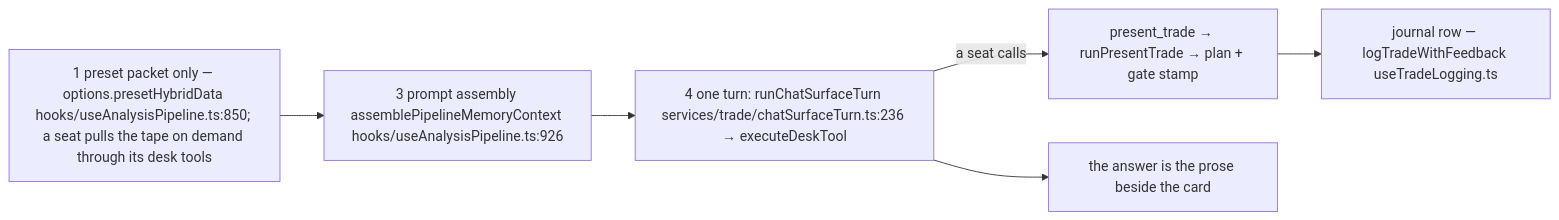
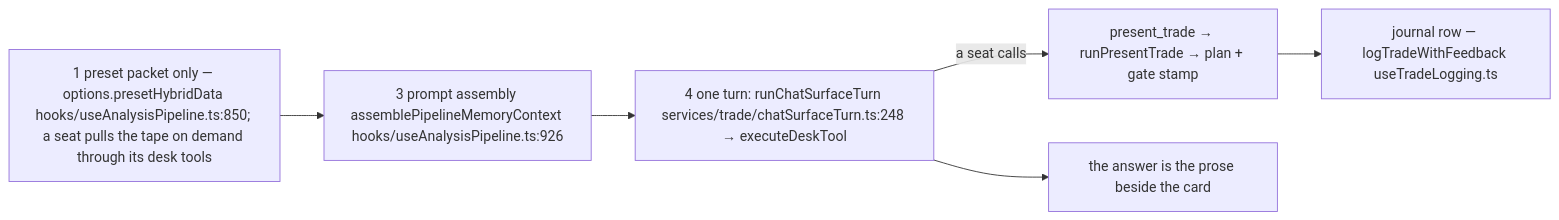
The third of 8 diagrams in docs/app-flow.md (Acepay25/august-3.5), drawn with Mermaid before and after one commit. The commit also changed other lines of this file and 2 other files, not shown here.

First line of the commit message:
docs(flow): re-anchor every citation the memory-pass insertions moved

````diff
--- a/docs/app-flow.md
+++ b/docs/app-flow.md
@@ -260,8 +260,8 @@
 ```mermaid
 flowchart LR
     S1["1 preset packet only — options.presetHybridData hooks/useAnalysisPipeline.ts:850; a seat pulls the tape on demand through its desk tools"] --> S3["3 prompt assembly assemblePipelineMemoryContext hooks/useAnalysisPipeline.ts:926"]
-    S3 --> S4["4 one turn: runChatSurfaceTurn services/trade/chatSurfaceTurn.ts:236 → executeDeskTool"]
+    S3 --> S4["4 one turn: runChatSurfaceTurn services/trade/chatSurfaceTurn.ts:248 → executeDeskTool"]
     S4 -->|a seat calls| PT["present_trade → runPresentTrade → plan + gate stamp"]
     PT --> JR["journal row — logTradeWithFeedback useTradeLogging.ts"]
     S4 --> ANS["the answer is the prose beside the card"]
 ```
````
